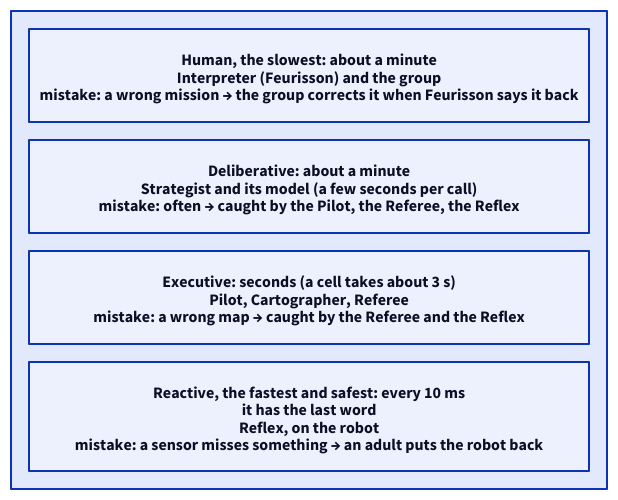
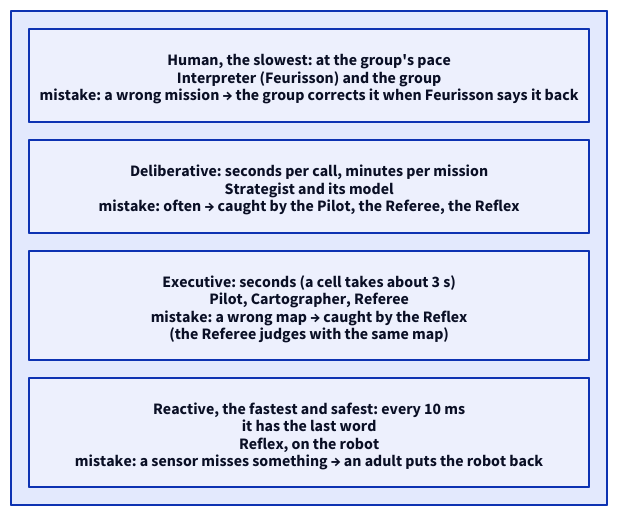
Before and after one commit to Youth-AI-Lab/yal-robot-guide: the diagram in images/06-layers-time.d2, drawn with D2. The commit also changed 21 other files, not shown here.

```diff
--- a/images/06-layers-time.d2
+++ b/images/06-layers-time.d2
@@ -1,14 +1,14 @@
 # 6. The four layers: how fast each reacts, and who catches its mistakes.
 # The lower the layer, the faster and the safer; it has the last word.
 
 direction: down
 
 ladder: "" {
   class: column
   grid-columns: 1
   grid-gap: 18
-  human: "Human, the slowest: about a minute\nInterpreter (Feurisson) and the group\nmistake: a wrong mission → the group corrects it when Feurisson says it back" {class: part; width: 560}
-  deliberative: "Deliberative: about a minute\nStrategist and its model (a few seconds per call)\nmistake: often → caught by the Pilot, the Referee, the Reflex" {class: part; width: 560}
-  executive: "Executive: seconds (a cell takes about 3 s)\nPilot, Cartographer, Referee\nmistake: a wrong map → caught by the Referee and the Reflex" {class: part; width: 560}
+  human: "Human, the slowest: at the group's pace\nInterpreter (Feurisson) and the group\nmistake: a wrong mission → the group corrects it when Feurisson says it back" {class: part; width: 560}
+  deliberative: "Deliberative: seconds per call, minutes per mission\nStrategist and its model\nmistake: often → caught by the Pilot, the Referee, the Reflex" {class: part; width: 560}
+  executive: "Executive: seconds (a cell takes about 3 s)\nPilot, Cartographer, Referee\nmistake: a wrong map → caught by the Reflex\n(the Referee judges with the same map)" {class: part; width: 560}
   reactive: "Reactive, the fastest and safest: every 10 ms\nit has the last word\nReflex, on the robot\nmistake: a sensor misses something → an adult puts the robot back" {class: key; width: 560}
 }
```
